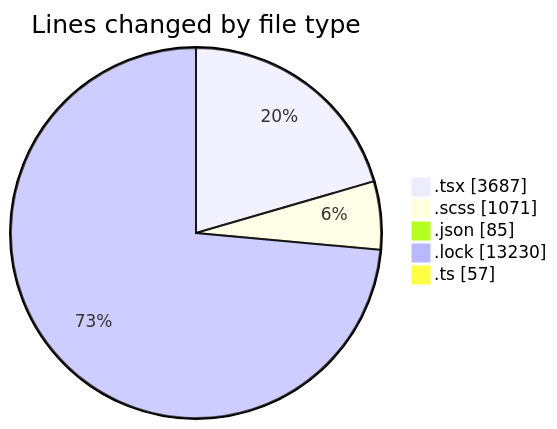
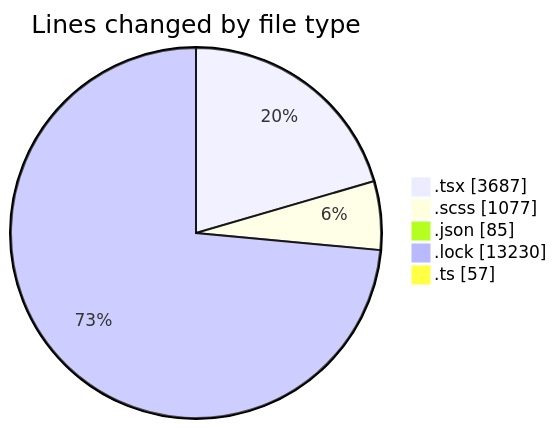
Before and after one commit to momahboobian/code-tracking: the first of 2 diagrams in 2025-10-03/cda/README.md, drawn with Mermaid. The commit also changed other lines of this file and 1 other file, not shown here.

````diff
--- a/2025-10-03/cda/README.md
+++ b/2025-10-03/cda/README.md
@@ -30,9 +30,9 @@
 ```mermaid
 pie showData
 title Lines changed by file type
 ".tsx" : 3687
-".scss" : 1071
+".scss" : 1077
 ".json" : 85
 ".lock" : 13230
 ".ts" : 57
 ```
````
